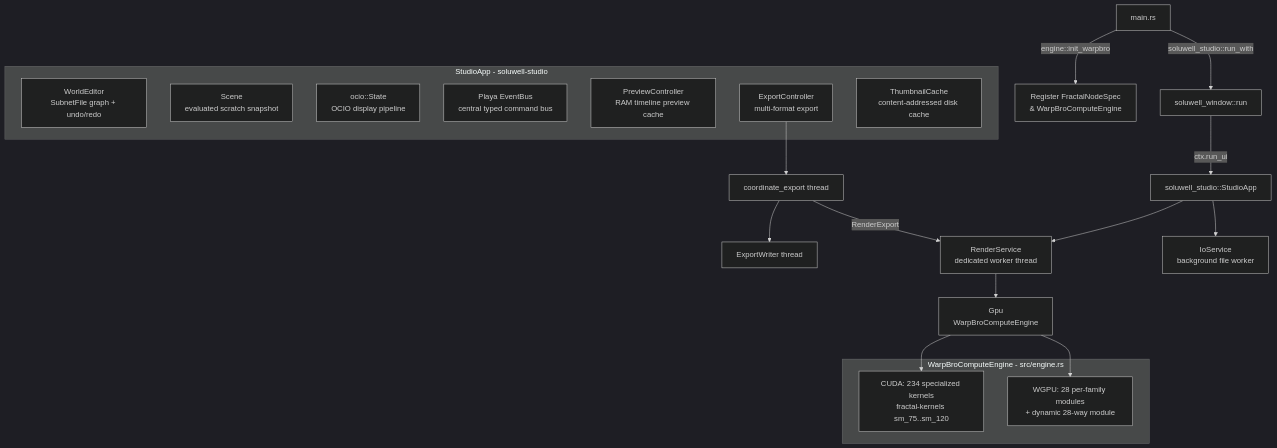
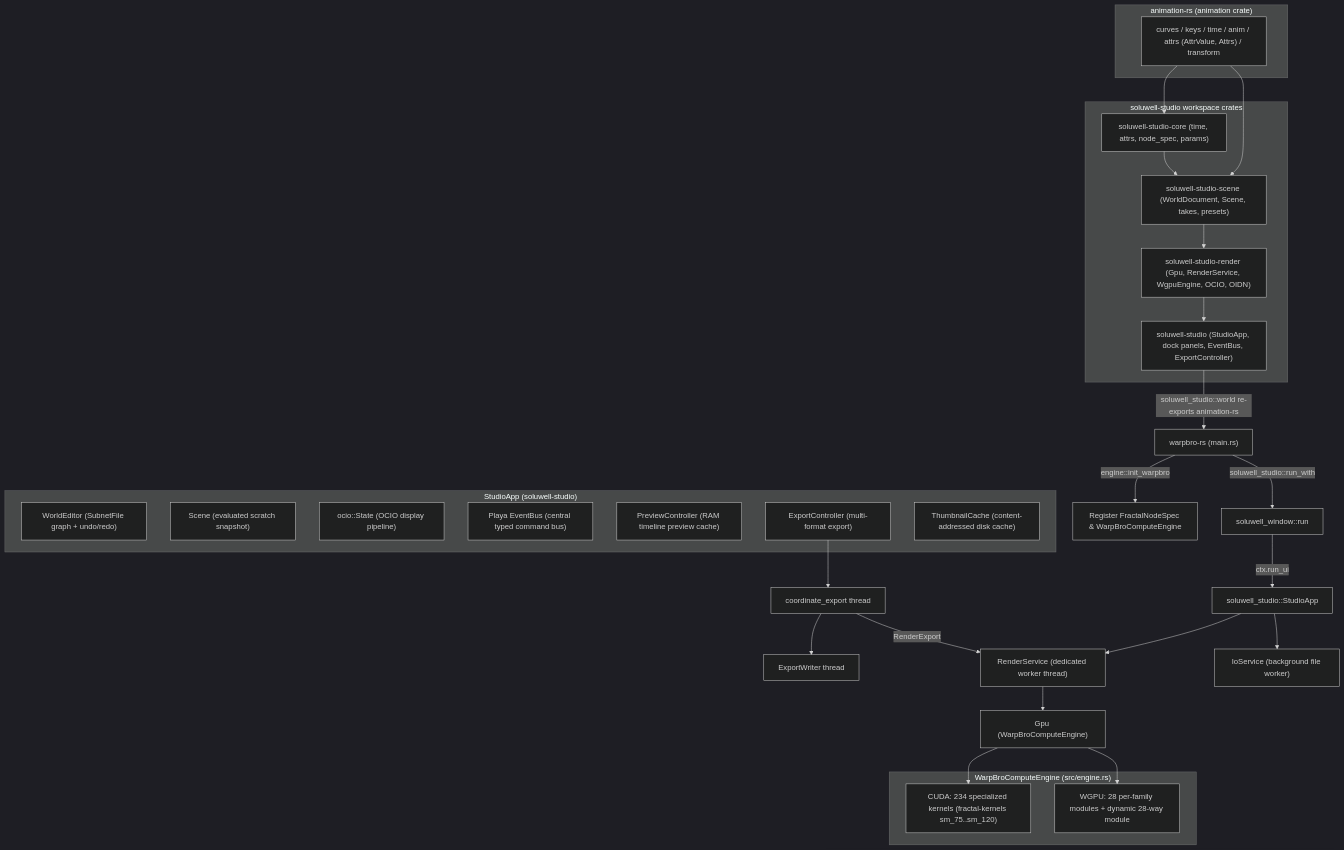
The first of 6 diagrams in DIAGRAMS.md (ssoj13/warpbro-rs), drawn with Mermaid (dark theme) before and after one commit. The commit also changed other lines of this file and 4 other files, not shown here.

Commit message:
Switch warpbro-rs to animation-rs and prune 33 unused Cargo dependencies

````diff
--- a/DIAGRAMS.md
+++ b/DIAGRAMS.md
@@ -10,30 +10,46 @@
 ```mermaid
 flowchart TD
-  main[main.rs] -->|engine::init_warpbro| reg[Register FractalNodeSpec<br/>& WarpBroComputeEngine]
-  main -->|soluwell_studio::run_with| win[soluwell_window::run]
-  win -->|ctx.run_ui| app[soluwell_studio::StudioApp]
-
-  subgraph StudioApp[StudioApp - soluwell-studio]
-    world[WorldEditor<br/>SubnetFile graph + undo/redo]
-    scene[Scene<br/>evaluated scratch snapshot]
-    colour[ocio::State<br/>OCIO display pipeline]
-    bus[Playa EventBus<br/>central typed command bus]
-    preview[PreviewController<br/>RAM timeline preview cache]
-    export[ExportController<br/>multi-format export]
-    thumb[ThumbnailCache<br/>content-addressed disk cache]
+  subgraph AnimationRs["animation-rs (animation crate)"]
+    anim_mods["curves / keys / time / anim / attrs (AttrValue, Attrs) / transform"]
   end
 
-  app --> rs[RenderService<br/>dedicated worker thread]
-  app --> io[IoService<br/>background file worker]
-  rs --> gpu[Gpu<br/>WarpBroComputeEngine]
+  subgraph SoluwellStudioCrates["soluwell-studio workspace crates"]
+    ss_core["soluwell-studio-core (time, attrs, node_spec, params)"]
+    ss_scene["soluwell-studio-scene (WorldDocument, Scene, takes, presets)"]
+    ss_render["soluwell-studio-render (Gpu, RenderService, WgpuEngine, OCIO, OIDN)"]
+    ss_ui["soluwell-studio (StudioApp, dock panels, EventBus, ExportController)"]
+  end
 
-  subgraph WarpBroComputeEngine[WarpBroComputeEngine - src/engine.rs]
-    cuda[CUDA: 234 specialized kernels<br/>fractal-kernels sm_75..sm_120]
-    wgpu[WGPU: 28 per-family modules<br/>+ dynamic 28-way module]
+  anim_mods --> ss_core
+  anim_mods --> ss_scene
+  ss_core --> ss_scene --> ss_render --> ss_ui
+
+  main["warpbro-rs (main.rs)"] -->|"engine::init_warpbro"| reg["Register FractalNodeSpec & WarpBroComputeEngine"]
+  ss_ui -->|"soluwell_studio::world re-exports animation-rs"| main
+  main -->|"soluwell_studio::run_with"| win["soluwell_window::run"]
+  win -->|"ctx.run_ui"| app["soluwell_studio::StudioApp"]
+
+  subgraph StudioApp["StudioApp (soluwell-studio)"]
+    world["WorldEditor (SubnetFile graph + undo/redo)"]
+    scene["Scene (evaluated scratch snapshot)"]
+    colour["ocio::State (OCIO display pipeline)"]
+    bus["Playa EventBus (central typed command bus)"]
+    preview["PreviewController (RAM timeline preview cache)"]
+    export["ExportController (multi-format export)"]
+    thumb["ThumbnailCache (content-addressed disk cache)"]
+  end
+
+  app --> rs["RenderService (dedicated worker thread)"]
+  app --> io["IoService (background file worker)"]
+  rs --> gpu["Gpu (WarpBroComputeEngine)"]
+
+  subgraph WarpBroComputeEngine["WarpBroComputeEngine (src/engine.rs)"]
+    cuda["CUDA: 234 specialized kernels (fractal-kernels sm_75..sm_120)"]
+    wgpu["WGPU: 28 per-family modules + dynamic 28-way module"]
   end
 
   gpu --> cuda
   gpu --> wgpu
-  export --> coord[coordinate_export thread] --> writer[ExportWriter thread]
-  coord -->|RenderExport| rs
+  export --> coord["coordinate_export thread"] --> writer["ExportWriter thread"]
+  coord -->|"RenderExport"| rs
 ```
````
